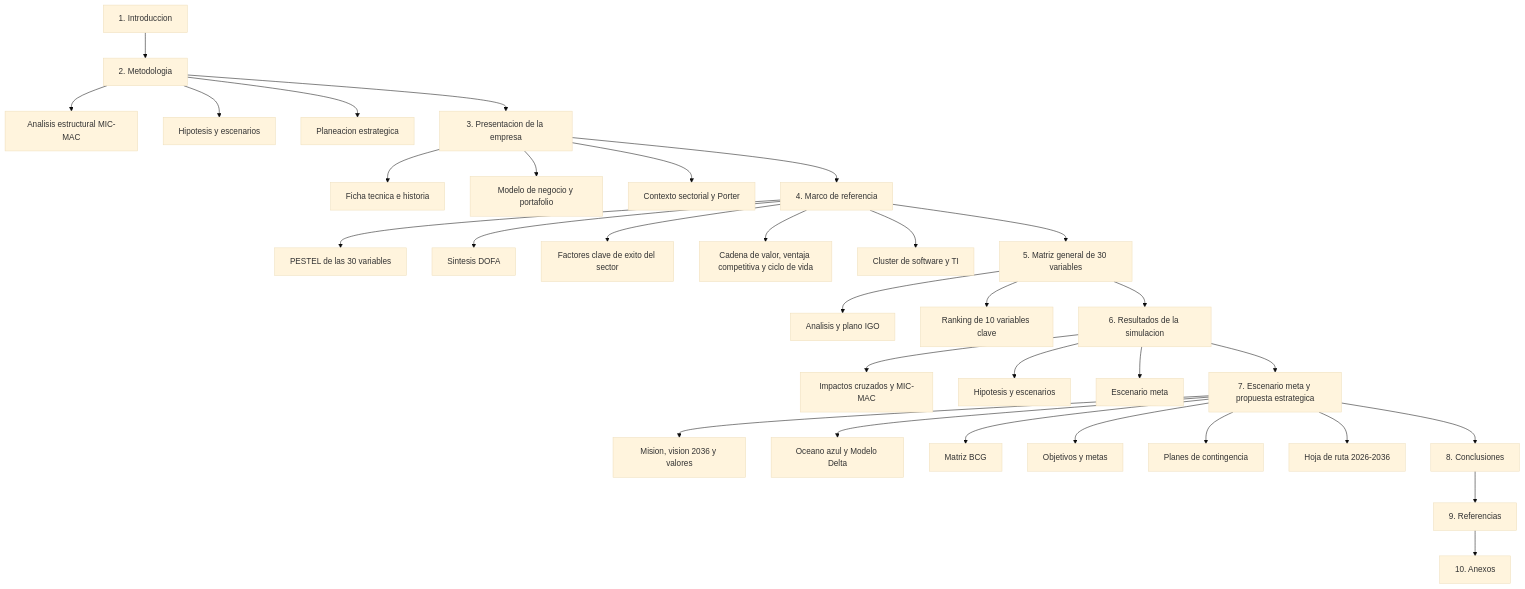
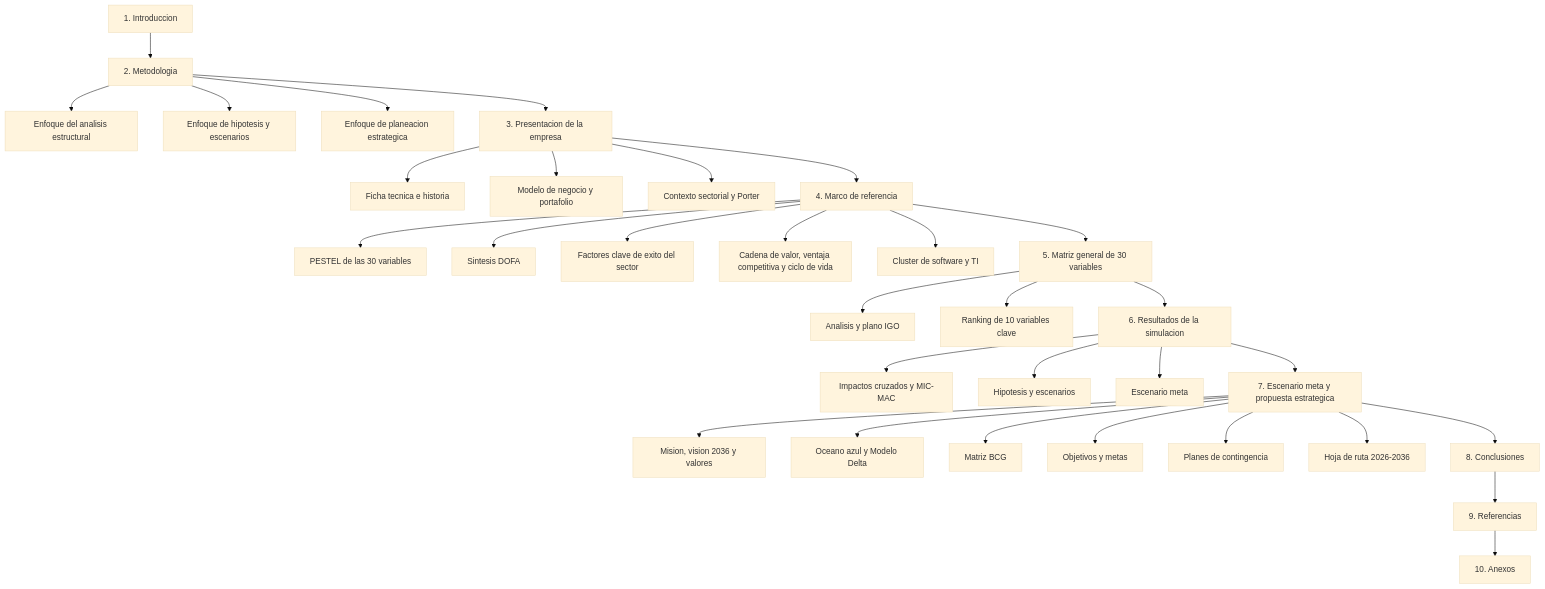
The first of 3 diagrams in README.md (AlejoTechEngineer/imaginamos-2036-prospectiva-igo-micmac-escenario-meta), drawn with Mermaid (base theme) before and after one commit. The commit also changed other lines of this file and 1 other file, not shown here.

Commit message:
docs: corrige inconsistencias del README tras la segunda entrega

````diff
--- a/README.md
+++ b/README.md
@@ -127,34 +130,34 @@
 ```mermaid
 flowchart TD
     A[1. Introduccion] --> B[2. Metodologia]
-    B --> B1[Analisis estructural MIC-MAC]
-    B --> B2[Hipotesis y escenarios]
-    B --> B3[Planeacion estrategica]
+    B --> B1[Enfoque del analisis estructural]
+    B --> B2[Enfoque de hipotesis y escenarios]
+    B --> B3[Enfoque de planeacion estrategica]
     B --> C[3. Presentacion de la empresa]
     C --> C1[Ficha tecnica e historia]
     C --> C2[Modelo de negocio y portafolio]
     C --> C3[Contexto sectorial y Porter]
     C --> M[4. Marco de referencia]
     M --> M1[PESTEL de las 30 variables]
     M --> M2[Sintesis DOFA]
     M --> M3[Factores clave de exito del sector]
     M --> M4[Cadena de valor, ventaja competitiva y ciclo de vida]
     M --> M5[Cluster de software y TI]
     M --> D[5. Matriz general de 30 variables]
     D --> D1[Analisis y plano IGO]
     D --> D2[Ranking de 10 variables clave]
     D --> E[6. Resultados de la simulacion]
     E --> E1[Impactos cruzados y MIC-MAC]
     E --> E2[Hipotesis y escenarios]
     E --> E3[Escenario meta]
     E --> P[7. Escenario meta y propuesta estrategica]
     P --> P1[Mision, vision 2036 y valores]
     P --> P2[Oceano azul y Modelo Delta]
     P --> P3[Matriz BCG]
     P --> P4[Objetivos y metas]
     P --> P5[Planes de contingencia]
     P --> P6[Hoja de ruta 2026-2036]
     P --> F[8. Conclusiones]
     F --> G[9. Referencias]
     G --> H[10. Anexos]
 ```
````
